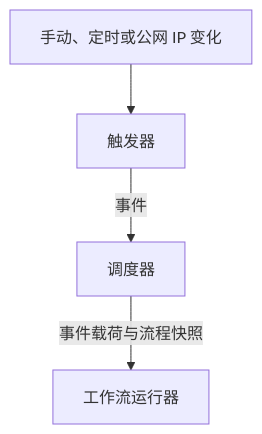
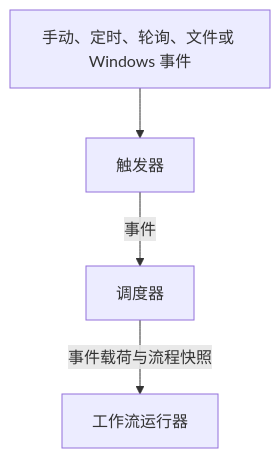
One commit to kentxxq/KHooks changed the second of 5 diagrams in docs/design/architecture.md. Above: the diagram before and after it, drawn with Mermaid. The commit also changed other lines of this file and 23 other files, not shown here.

````diff
--- a/docs/design/architecture.md
+++ b/docs/design/architecture.md
@@ -22,6 +22,6 @@
 ```mermaid
 flowchart TD
-    Source["手动、定时或公网 IP 变化"] --> Trigger["触发器"]
+    Source["手动、定时、轮询、文件或 Windows 事件"] --> Trigger["触发器"]
     Trigger -->|"事件"| Scheduler["调度器"]
     Scheduler -->|"事件载荷与流程快照"| Runner["工作流运行器"]
 ```
````
